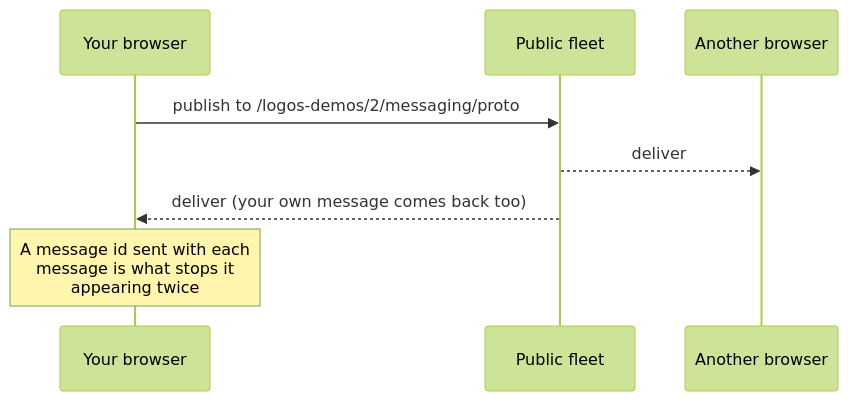
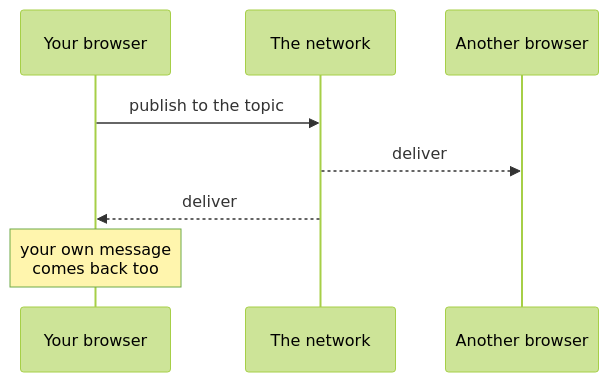
Before and after one commit to logos-co/logos-web: the third of 3 diagrams in apps/logos-demos/src/demos/messaging/how-it-works.md, drawn with Mermaid (forest theme). The commit also changed other lines of this file and 3 other files, not shown here.

First line of the commit message:
fix(logos-demos): make the explainer diagrams readable

````diff
--- a/apps/logos-demos/src/demos/messaging/how-it-works.md
+++ b/apps/logos-demos/src/demos/messaging/how-it-works.md
@@ -55,11 +53,11 @@
 ```mermaid
 sequenceDiagram
   participant You as Your browser
-  participant Net as Public fleet
+  participant Net as The network
   participant Them as Another browser
 
-  You->>Net: publish to /logos-demos/2/messaging/proto
+  You->>Net: publish to the topic
   Net-->>Them: deliver
-  Net-->>You: deliver (your own message comes back too)
-  Note over You: A message id sent with each<br/>message is what stops it<br/>appearing twice
+  Net-->>You: deliver
+  Note over You: your own message<br/>comes back too
 ```
````
